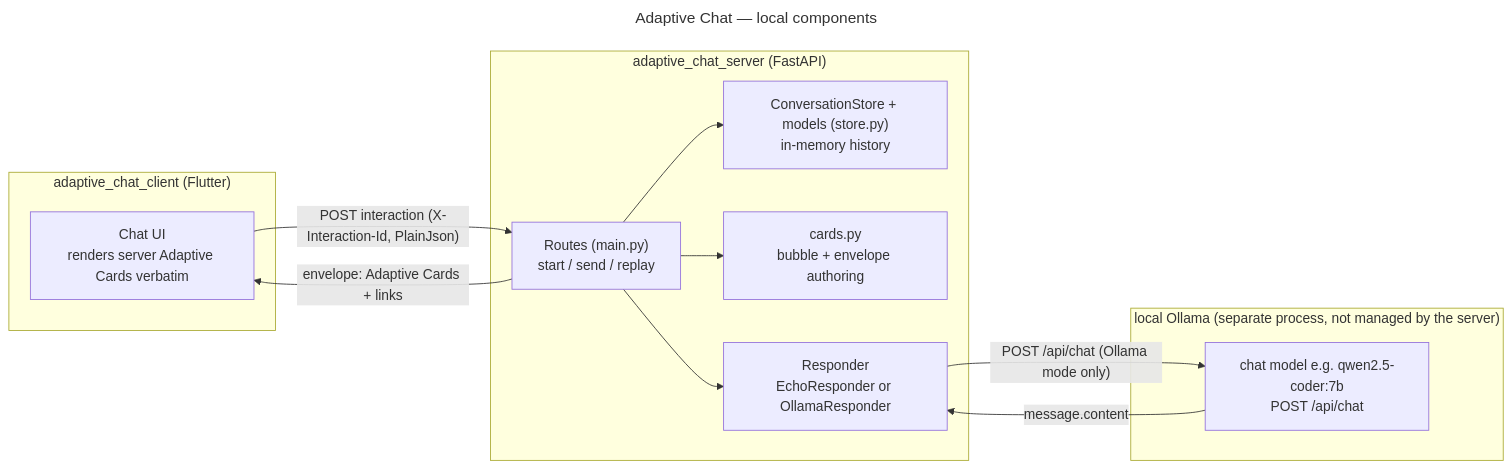
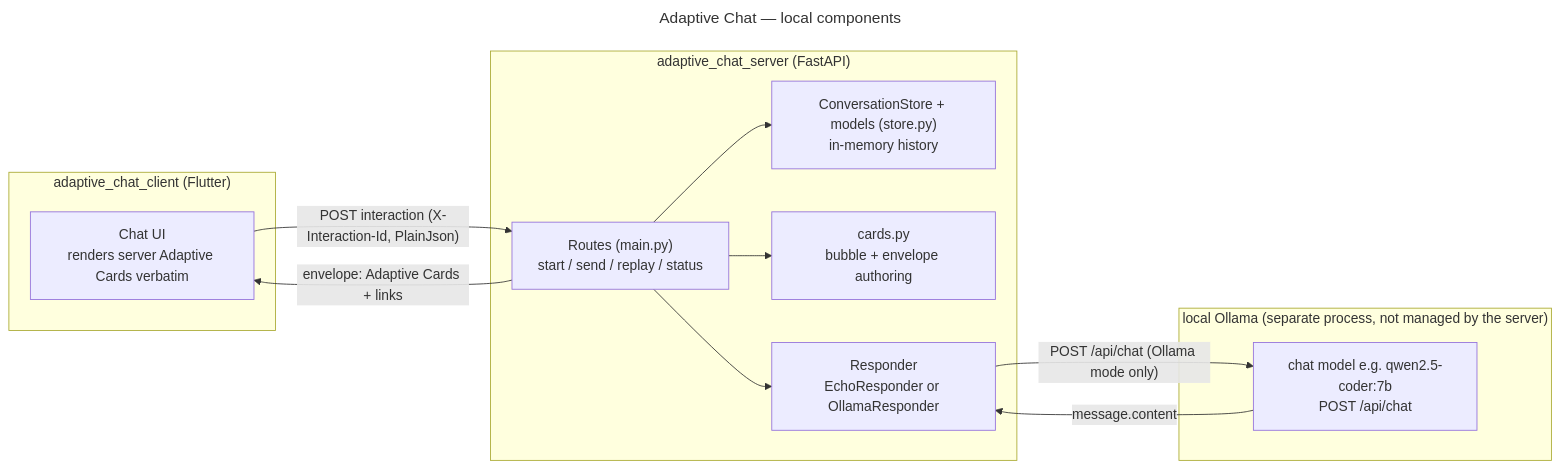
One commit to freemansoft/Flutter-AdaptiveCards changed the second of 4 diagrams in adaptive_chat_server/README.md. Above: the diagram before and after it, drawn with Mermaid. The commit also changed other lines of this file, not shown here.

Commit message:
docs(chat-server): document GET /status and the stats modules

````diff
--- a/adaptive_chat_server/README.md
+++ b/adaptive_chat_server/README.md
@@ -189,26 +259,26 @@
 ```mermaid
 ---
 title: "Adaptive Chat — local components"
 ---
 flowchart LR
     subgraph client["adaptive_chat_client (Flutter)"]
         UI["Chat UI\nrenders server Adaptive Cards verbatim"]
     end
     subgraph server["adaptive_chat_server (FastAPI)"]
-        ROUTES["Routes (main.py)\nstart / send / replay"]
+        ROUTES["Routes (main.py)\nstart / send / replay / status"]
         STORE["ConversationStore + models (store.py)\nin-memory history"]
         CARDS["cards.py\nbubble + envelope authoring"]
         RESP["Responder\nEchoResponder or OllamaResponder"]
     end
     subgraph ollama["local Ollama (separate process, not managed by the server)"]
         LLM["chat model e.g. qwen2.5-coder:7b\nPOST /api/chat"]
     end
 
     UI -->|"POST interaction (X-Interaction-Id, PlainJson)"| ROUTES
     ROUTES -->|"envelope: Adaptive Cards + links"| UI
     ROUTES --> RESP
     ROUTES --> STORE
     ROUTES --> CARDS
     RESP -->|"POST /api/chat (Ollama mode only)"| LLM
     LLM -->|"message.content"| RESP
 ```
````
